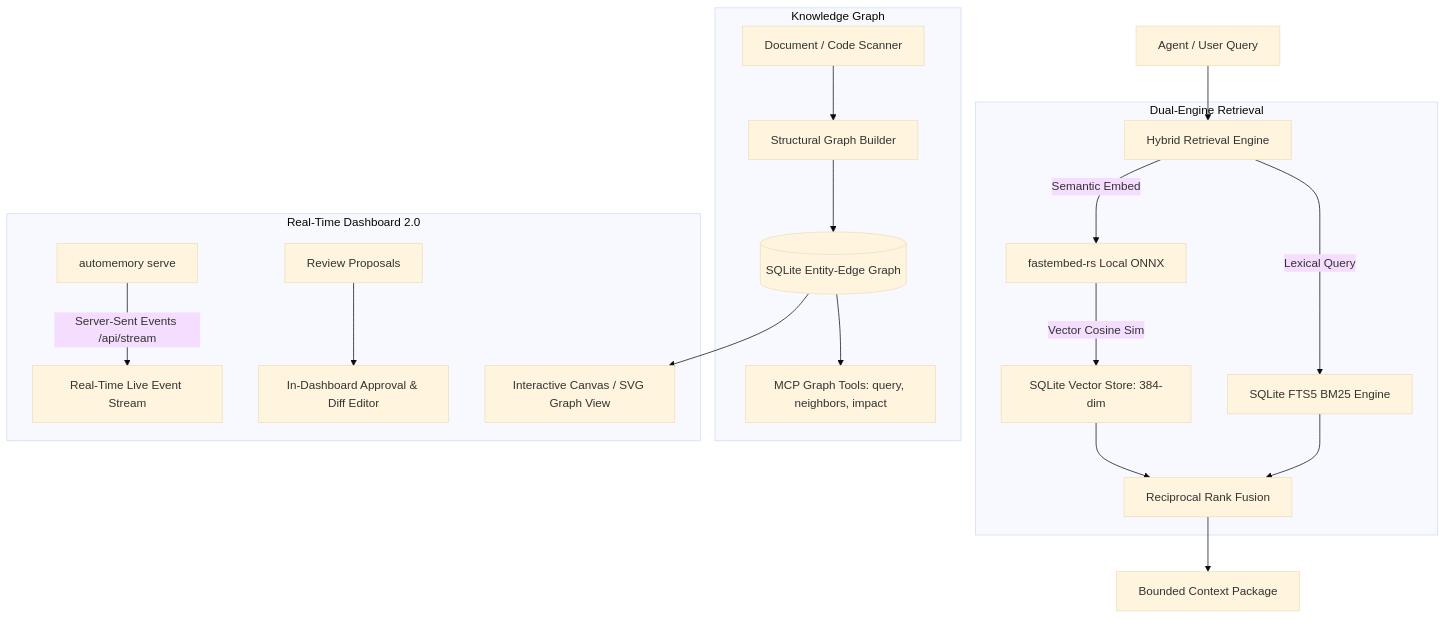
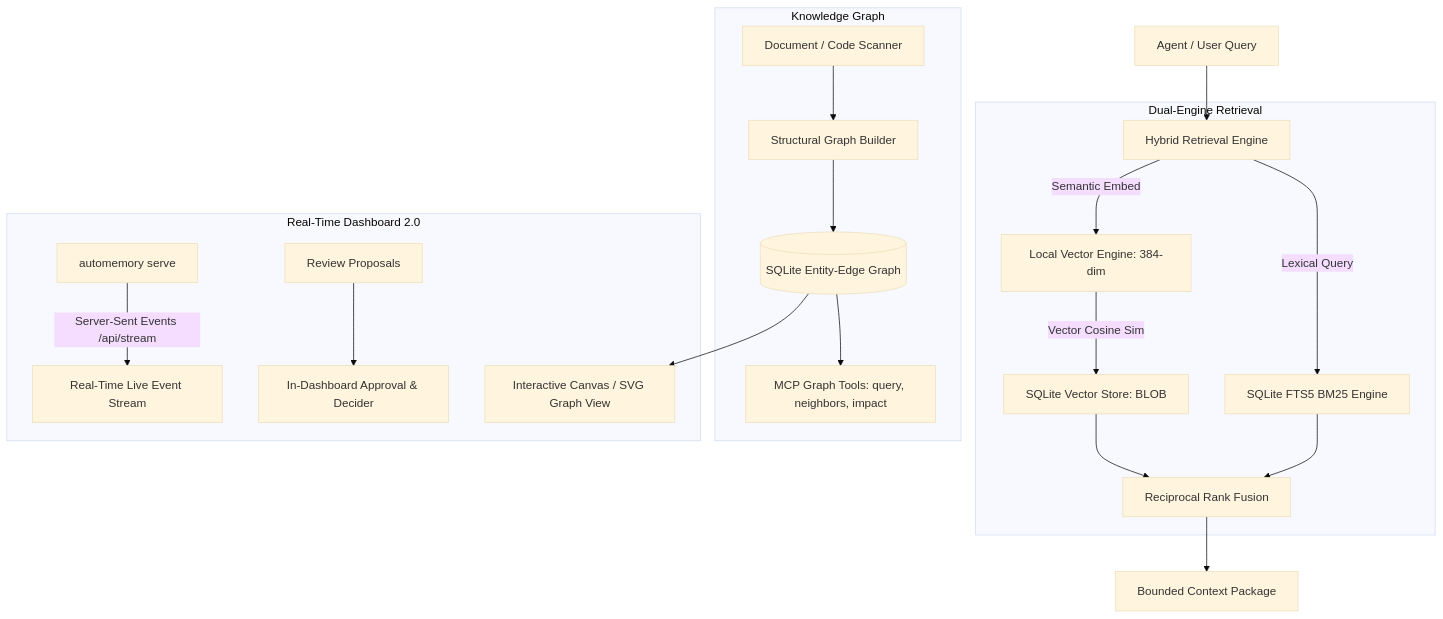
One commit to theasmat/automemory changed the diagram in .plan/phase-2-advanced-intelligence.md. Above: the diagram before and after it, drawn with Mermaid (base theme). The commit also changed other lines of this file and 24 other files, not shown here.

Commit message:
feat(phase-2): advanced intelligence, knowledge graph & real-time dashboard 2.0

````diff
--- a/.plan/phase-2-advanced-intelligence.md
+++ b/.plan/phase-2-advanced-intelligence.md
@@ -10,26 +10,26 @@
 ```mermaid
 graph TD
     UserQuery[Agent / User Query] --> HybridSearch[Hybrid Retrieval Engine]
     
     subgraph "Dual-Engine Retrieval"
         HybridSearch -->|Lexical Query| FTS[SQLite FTS5 BM25 Engine]
-        HybridSearch -->|Semantic Embed| ONNX[fastembed-rs Local ONNX]
-        ONNX -->|Vector Cosine Sim| VecStore[SQLite Vector Store: 384-dim]
+        HybridSearch -->|Semantic Embed| VectorEngine[Local Vector Engine: 384-dim]
+        VectorEngine -->|Vector Cosine Sim| VecStore[SQLite Vector Store: BLOB]
         FTS --> RRF[Reciprocal Rank Fusion]
         VecStore --> RRF
     end
 
     RRF --> Context[Bounded Context Package]
 
     subgraph "Knowledge Graph"
         DocWatcher[Document / Code Scanner] --> GraphGen[Structural Graph Builder]
         GraphGen --> GraphDB[(SQLite Entity-Edge Graph)]
         GraphDB --> GraphTools[MCP Graph Tools: query, neighbors, impact]
     end
 
     subgraph "Real-Time Dashboard 2.0"
         Serve[automemory serve] -->|Server-Sent Events /api/stream| LiveFeed[Real-Time Live Event Stream]
         GraphDB --> GraphViz[Interactive Canvas / SVG Graph View]
-        Proposals[Review Proposals] --> InDashReview[In-Dashboard Approval & Diff Editor]
+        Proposals[Review Proposals] --> InDashReview[In-Dashboard Approval & Decider]
     end
 ```
````
